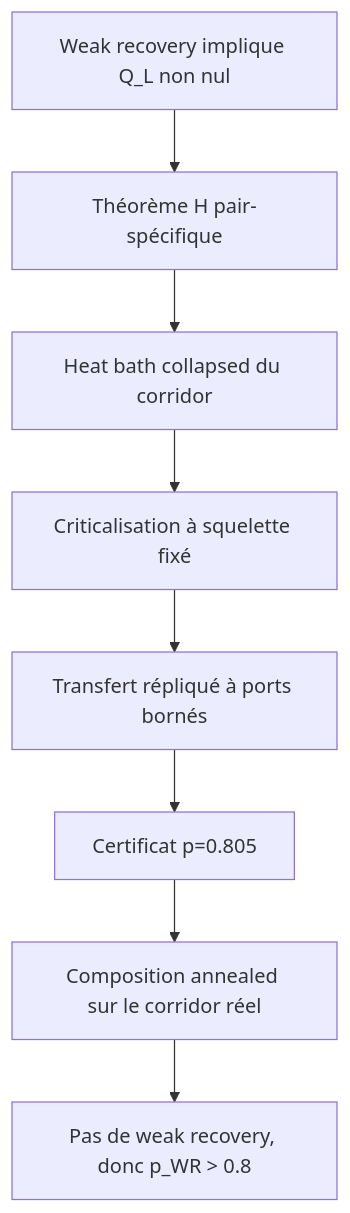
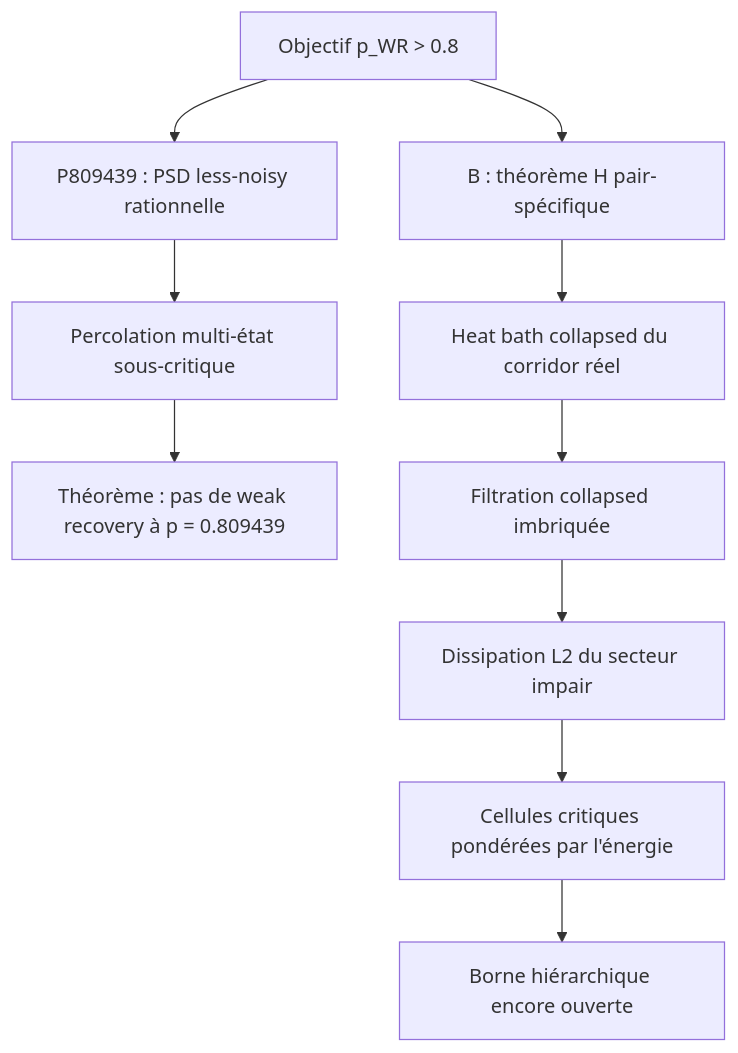
The diagram in research/hierarchical-swendsen-wang/26_FEUILLE_DE_ROUTE_PSTAR.md (Ludwig-H/Presentation-MathNet-2026-06-15), drawn with Mermaid before and after one commit. The commit also changed other lines of this file and 58 other files, not shown here.

Commit message:
research: sharpen weak-recovery route and certify p=0.809439

````diff
--- a/research/hierarchical-swendsen-wang/26_FEUILLE_DE_ROUTE_PSTAR.md
+++ b/research/hierarchical-swendsen-wang/26_FEUILLE_DE_ROUTE_PSTAR.md
@@ -786,10 +841,12 @@
 ```mermaid
 flowchart TD
-    Q["Weak recovery implique Q_L non nul"] --> H["Théorème H pair-spécifique"]
-    H --> C["Heat bath collapsed du corridor"]
-    C --> B["Criticalisation à squelette fixé"]
-    B --> T["Transfert répliqué à ports bornés"]
-    T --> P["Certificat p=0.805"]
-    P --> G["Composition annealed sur le corridor réel"]
-    G --> W["Pas de weak recovery, donc p_WR > 0.8"]
+    O["Objectif p_WR > 0.8"] --> A0["P809439 : PSD less-noisy rationnelle"]
+    A0 --> E["Percolation multi-état sous-critique"]
+    E --> W["Théorème : pas de weak recovery à p = 0.809439"]
+    O --> H["B : théorème H pair-spécifique"]
+    H --> C["Heat bath collapsed du corridor réel"]
+    C --> F["Filtration collapsed imbriquée"]
+    F --> D["Dissipation L2 du secteur impair"]
+    D --> G["Cellules critiques pondérées par l'énergie"]
+    G --> WH["Borne hiérarchique encore ouverte"]
 ```
````
